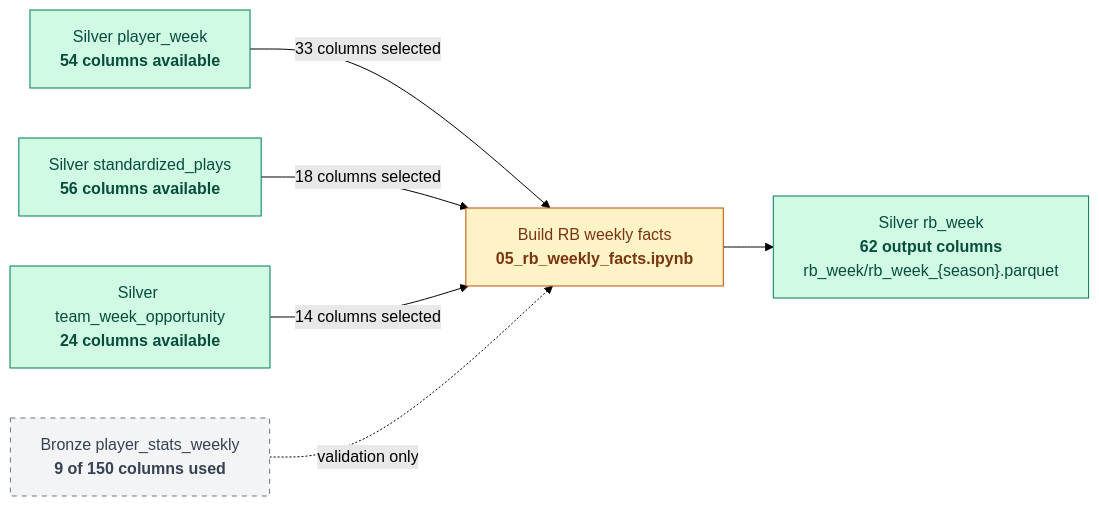
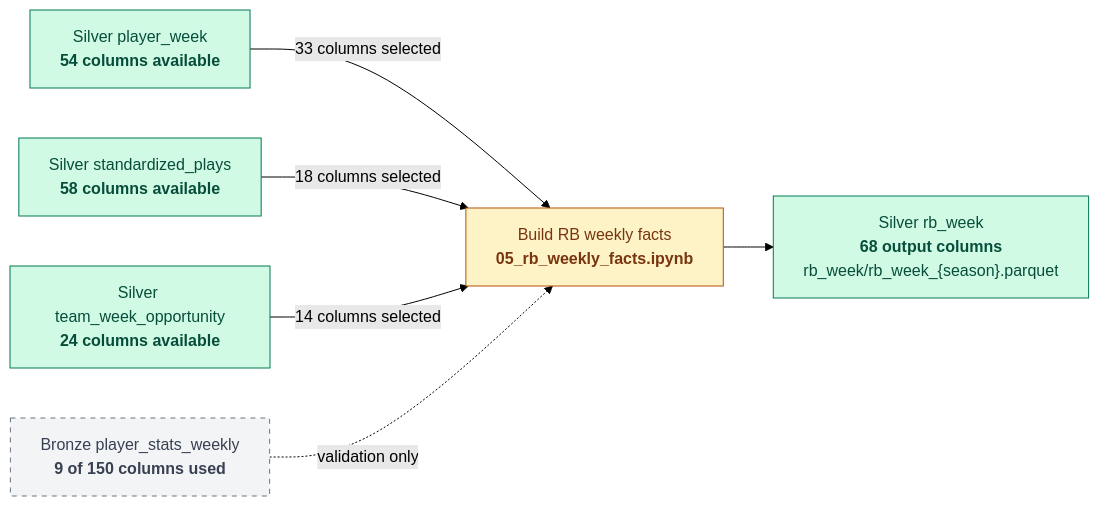
One commit to ddarby15/nfl-dream-lab-app changed the fifth of 12 diagrams in docs/schema-evolution.md. Above: the diagram before and after it, drawn with Mermaid (forest theme). The commit also changed other lines of this file and 25 other files, not shown here.

Commit message:
update docs and roadmap

````diff
--- a/docs/schema-evolution.md
+++ b/docs/schema-evolution.md
@@ -185,24 +186,24 @@
 ```mermaid
 flowchart LR
     S_WEEK["Silver player_week<br/><b>54 columns available</b>"]
-    S_PLAYS["Silver standardized_plays<br/><b>56 columns available</b>"]
+    S_PLAYS["Silver standardized_plays<br/><b>58 columns available</b>"]
     S_TEAM["Silver team_week_opportunity<br/><b>24 columns available</b>"]
     V_STATS["Bronze player_stats_weekly<br/><b>9 of 150 columns used</b>"]
 
     X_RB["Build RB weekly facts<br/><b>05_rb_weekly_facts.ipynb</b>"]
-    S_RB["Silver rb_week<br/><b>62 output columns</b><br/>rb_week/rb_week_{season}.parquet"]
+    S_RB["Silver rb_week<br/><b>68 output columns</b><br/>rb_week/rb_week_{season}.parquet"]
 
     S_WEEK -->|33 columns selected| X_RB
     S_PLAYS -->|18 columns selected| X_RB
     S_TEAM -->|14 columns selected| X_RB
     V_STATS -.->|validation only| X_RB
     X_RB --> S_RB
 
     classDef validation fill:#f3f4f6,stroke:#6b7280,color:#374151,stroke-dasharray:5 5;
     classDef step fill:#fef3c7,stroke:#b45309,color:#78350f;
     classDef silver fill:#d1fae5,stroke:#047857,color:#064e3b;
 
     class S_WEEK,S_PLAYS,S_TEAM,S_RB silver;
     class V_STATS validation;
     class X_RB step;
 ```
````
